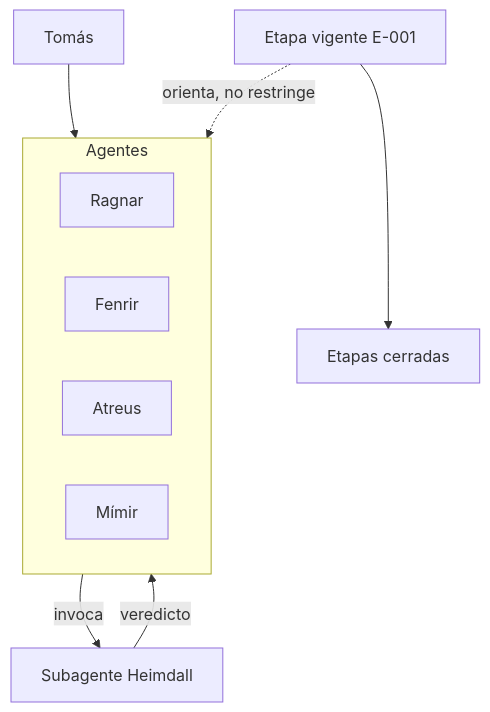
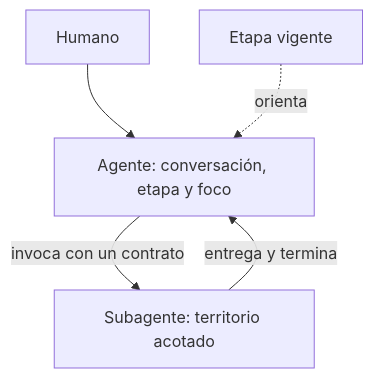
Before and after one commit to tomiloki/ACE: the diagram in Operación/Reportes/R-010 - Agentes, subagentes y etapas.md, drawn with Mermaid. The commit also changed other lines of this file and 3 other files, not shown here.

````diff
--- a/Operación/Reportes/R-010 - Agentes, subagentes y etapas.md
+++ b/Operación/Reportes/R-010 - Agentes, subagentes y etapas.md
@@ -50,17 +59,7 @@
 ```mermaid
 flowchart TB
-    T[Tomás] --> A
-
-    subgraph A[Agentes]
-      R[Ragnar]
-      F[Fenrir]
-      AT[Atreus]
-      M[Mímir]
-    end
-
-    E[Etapa vigente E-001] -.orienta, no restringe.-> A
-    A -->|invoca| S[Subagente Heimdall]
-    S -->|veredicto| A
-
-    E --> EC[Etapas cerradas]
+    H[Humano] --> A[Agente: conversación, etapa y foco]
+    E[Etapa vigente] -. orienta .-> A
+    A -->|invoca con un contrato| S[Subagente: territorio acotado]
+    S -->|entrega y termina| A
 ```
````
